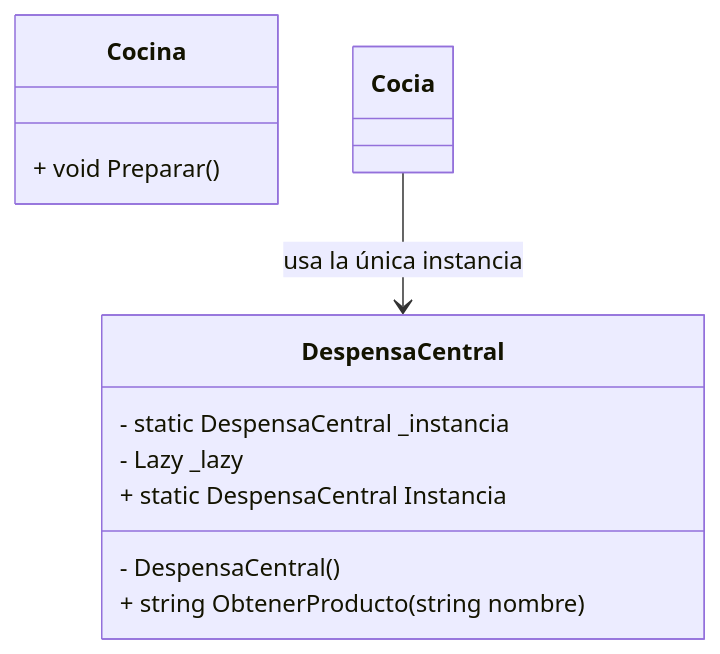
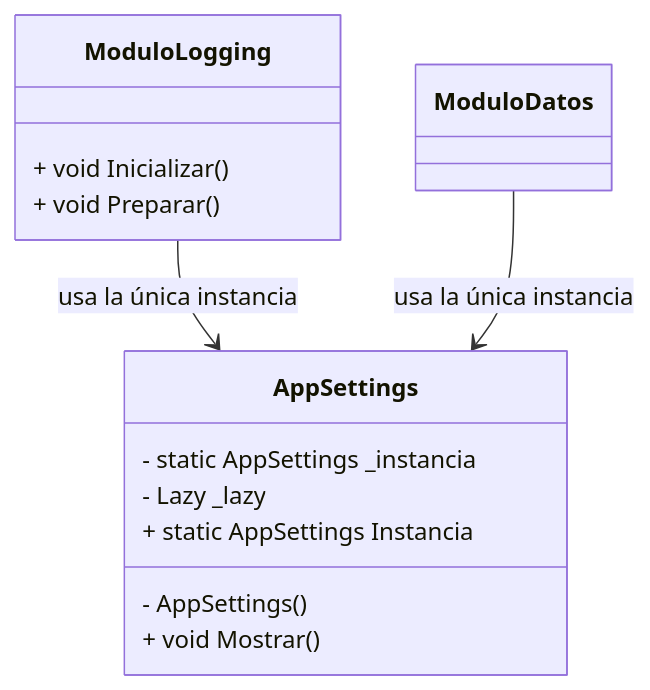
The third of 4 diagrams in README.md (Chienwei82/DesignPatterns), drawn with Mermaid before and after one commit. The commit also changed other lines of this file and 22 other files, not shown here.

````diff
--- a/README.md
+++ b/README.md
@@ -161,14 +161,16 @@
 ```mermaid
 classDiagram
-    class DespensaCentral {
-        - static DespensaCentral _instancia
-        - Lazy<DespensaCentral> _lazy
-        + static DespensaCentral Instancia
-        - DespensaCentral()
-        + string ObtenerProducto(string nombre)
+    class AppSettings {
+        - static AppSettings _instancia
+        - Lazy<AppSettings> _lazy
+        + static AppSettings Instancia
+        - AppSettings()
+        + void Mostrar()
     }
-    class Cocina {
+    class ModuloLogging {
+        + void Inicializar()
         + void Preparar()
     }
-    Cocia --> DespensaCentral : usa la única instancia
+    ModuloLogging --> AppSettings : usa la única instancia
+    ModuloDatos --> AppSettings : usa la única instancia
 ```
````
